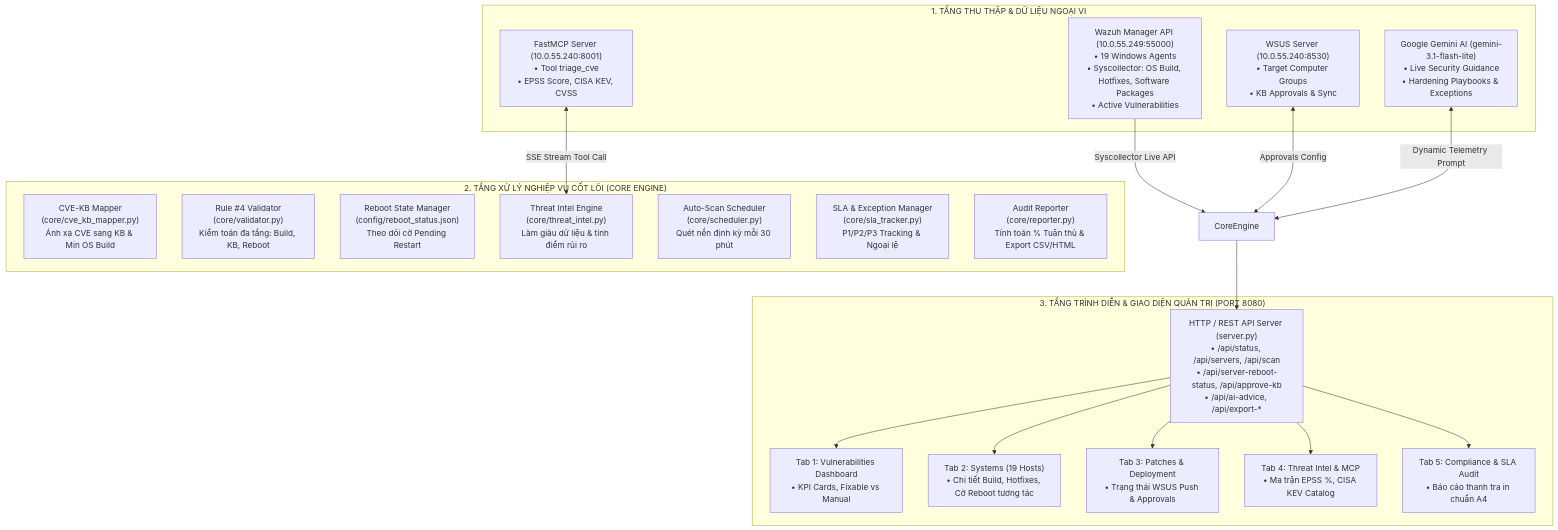
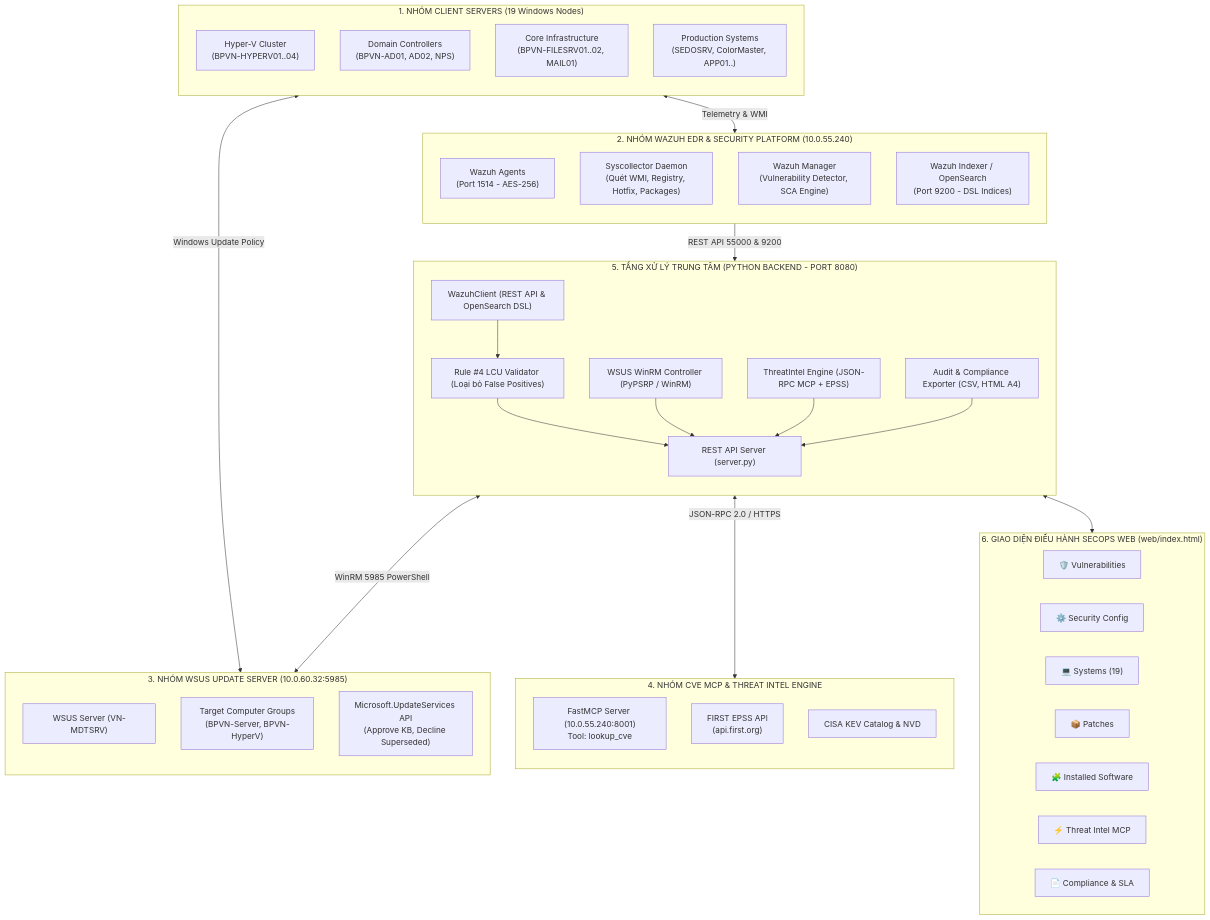
The first of 2 diagrams in docs/APP_WORKFLOW_ARCHITECTURE.md (kakarot1612/Pacth-management), drawn with Mermaid before and after one commit. The commit also changed other lines of this file and 7 other files, not shown here.

Commit message:
docs: add technical specs and data flow architecture for all 7 secops modules

````diff
--- a/docs/APP_WORKFLOW_ARCHITECTURE.md
+++ b/docs/APP_WORKFLOW_ARCHITECTURE.md
@@ -19,40 +39,67 @@
 ```mermaid
-flowchart TD
-    subgraph DATA_SOURCES["1. TẦNG THU THẬP & DỮ LIỆU NGOẠI VI"]
-        Wazuh["Wazuh Manager API (10.0.55.249:55000)<br>• 19 Windows Agents<br>• Syscollector: OS Build, Hotfixes, Software Packages<br>• Active Vulnerabilities"]
-        WSUS["WSUS Server (10.0.55.240:8530)<br>• Target Computer Groups<br>• KB Approvals & Sync"]
-        MCP["FastMCP Server (10.0.55.240:8001)<br>• Tool triage_cve<br>• EPSS Score, CISA KEV, CVSS"]
-        Gemini["Google Gemini AI (gemini-3.1-flash-lite)<br>• Live Security Guidance<br>• Hardening Playbooks & Exceptions"]
+flowchart TB
+    subgraph GROUP1["1. NHÓM CLIENT SERVERS (19 Windows Nodes)"]
+        direction TB
+        HyperV["Hyper-V Cluster<br>(BPVN-HYPERV01..04)"]
+        Domain["Domain Controllers<br>(BPVN-AD01, AD02, NPS)"]
+        FileMail["Core Infrastructure<br>(BPVN-FILESRV01..02, MAIL01)"]
+        ProdApps["Production Systems<br>(SEDOSRV, ColorMaster, APP01..)"]
     end
 
-    subgraph CORE_ENGINE["2. TẦNG XỬ LÝ NGHIỆP VỤ CỐT LÕI (CORE ENGINE)"]
-        Mapper["CVE-KB Mapper<br>(core/cve_kb_mapper.py)<br>Ánh xạ CVE sang KB & Min OS Build"]
-        Validator["Rule #4 Validator<br>(core/validator.py)<br>Kiểm toán đa tầng: Build, KB, Reboot"]
-        RebootMgr["Reboot State Manager<br>(config/reboot_status.json)<br>Theo dõi cờ Pending Restart"]
-        ThreatEngine["Threat Intel Engine<br>(core/threat_intel.py)<br>Làm giàu dữ liệu & tính điểm rủi ro"]
-        Scheduler["Auto-Scan Scheduler<br>(core/scheduler.py)<br>Quét nền định kỳ mỗi 30 phút"]
-        SlaMgr["SLA & Exception Manager<br>(core/sla_tracker.py)<br>P1/P2/P3 Tracking & Ngoại lệ"]
-        Reporter["Audit Reporter<br>(core/reporter.py)<br>Tính toán % Tuân thủ & Export CSV/HTML"]
+    subgraph GROUP2["2. NHÓM WAZUH EDR & SECURITY PLATFORM (10.0.55.240)"]
+        direction TB
+        Agent["Wazuh Agents<br>(Port 1514 - AES-256)"]
+        Syscollector["Syscollector Daemon<br>(Quét WMI, Registry, Hotfix, Packages)"]
+        Manager["Wazuh Manager<br>(Vulnerability Detector, SCA Engine)"]
+        Indexer["Wazuh Indexer / OpenSearch<br>(Port 9200 - DSL Indices)"]
     end
 
-    subgraph PRESENTATION["3. TẦNG TRÌNH DIỄN & GIAO DIỆN QUẢN TRỊ (PORT 8080)"]
-        ServerPy["HTTP / REST API Server (server.py)<br>• /api/status, /api/servers, /api/scan<br>• /api/server-reboot-status, /api/approve-kb<br>• /api/ai-advice, /api/export-*"]
-        UI_Vulns["Tab 1: Vulnerabilities Dashboard<br>• KPI Cards, Fixable vs Manual"]
-        UI_Systems["Tab 2: Systems (19 Hosts)<br>• Chi tiết Build, Hotfixes, Cờ Reboot tương tác"]
-        UI_Patches["Tab 3: Patches & Deployment<br>• Trạng thái WSUS Push & Approvals"]
-        UI_Intel["Tab 4: Threat Intel & MCP<br>• Ma trận EPSS %, CISA KEV Catalog"]
-        UI_Compliance["Tab 5: Compliance & SLA Audit<br>• Báo cáo thanh tra in chuẩn A4"]
+    subgraph GROUP3["3. NHÓM WSUS UPDATE SERVER (10.0.60.32:5985)"]
+        direction TB
+        WSUS_Host["WSUS Server (VN-MDTSRV)"]
+        TargetGroups["Target Computer Groups<br>(BPVN-Server, BPVN-HyperV)"]
+        ApprovalEngine["Microsoft.UpdateServices API<br>(Approve KB, Decline Superseded)"]
     end
 
-    Wazuh -->|Syscollector Live API| CoreEngine
-    WSUS <-->|Approvals Config| CoreEngine
-    MCP <-->|SSE Stream Tool Call| ThreatEngine
-    Gemini <-->|Dynamic Telemetry Prompt| CoreEngine
+    subgraph GROUP4["4. NHÓM CVE MCP & THREAT INTEL ENGINE"]
+        direction TB
+        FastMCP["FastMCP Server (10.0.55.240:8001)<br>Tool: lookup_cve"]
+        EPSS_API["FIRST EPSS API<br>(api.first.org)"]
+        CISA_Feed["CISA KEV Catalog & NVD"]
+    end
 
-    CoreEngine --> ServerPy
-    ServerPy --> UI_Vulns
-    ServerPy --> UI_Systems
-    ServerPy --> UI_Patches
-    ServerPy --> UI_Intel
-    ServerPy --> UI_Compliance
+    subgraph CORE_SECOPS["5. TẦNG XỬ LÝ TRUNG TÂM (PYTHON BACKEND - PORT 8080)"]
+        direction TB
+        WazuhClient["WazuhClient (REST API & OpenSearch DSL)"]
+        Rule4Validator["Rule #4 LCU Validator (Loại bỏ False Positives)"]
+        WSUSClient["WSUS WinRM Controller (PyPSRP / WinRM)"]
+        ThreatIntel["ThreatIntel Engine (JSON-RPC MCP + EPSS)"]
+        AuditExporter["Audit & Compliance Exporter (CSV, HTML A4)"]
+        ServerREST["REST API Server (server.py)"]
+    end
+
+    subgraph PRESENTATION["6. GIAO DIỆN ĐIỀU HÀNH SECOPS WEB (web/index.html)"]
+        direction LR
+        UI1["🛡️ Vulnerabilities"]
+        UI2["⚙️ Security Config"]
+        UI3["💻 Systems (19)"]
+        UI4["📦 Patches"]
+        UI5["🧩 Installed Software"]
+        UI6["⚡ Threat Intel MCP"]
+        UI7["📄 Compliance & SLA"]
+    end
+
+    GROUP1 <-->|Telemetry & WMI| GROUP2
+    GROUP1 <-->|Windows Update Policy| GROUP3
+    GROUP2 -->|REST API 55000 & 9200| WazuhClient
+    WSUSClient <-->|WinRM 5985 PowerShell| GROUP3
+    ThreatIntel <-->|JSON-RPC 2.0 / HTTPS| GROUP4
+
+    WazuhClient --> Rule4Validator
+    Rule4Validator --> ServerREST
+    WSUSClient --> ServerREST
+    ThreatIntel --> ServerREST
+    AuditExporter --> ServerREST
+
+    ServerREST <--> PRESENTATION
 ```
````
